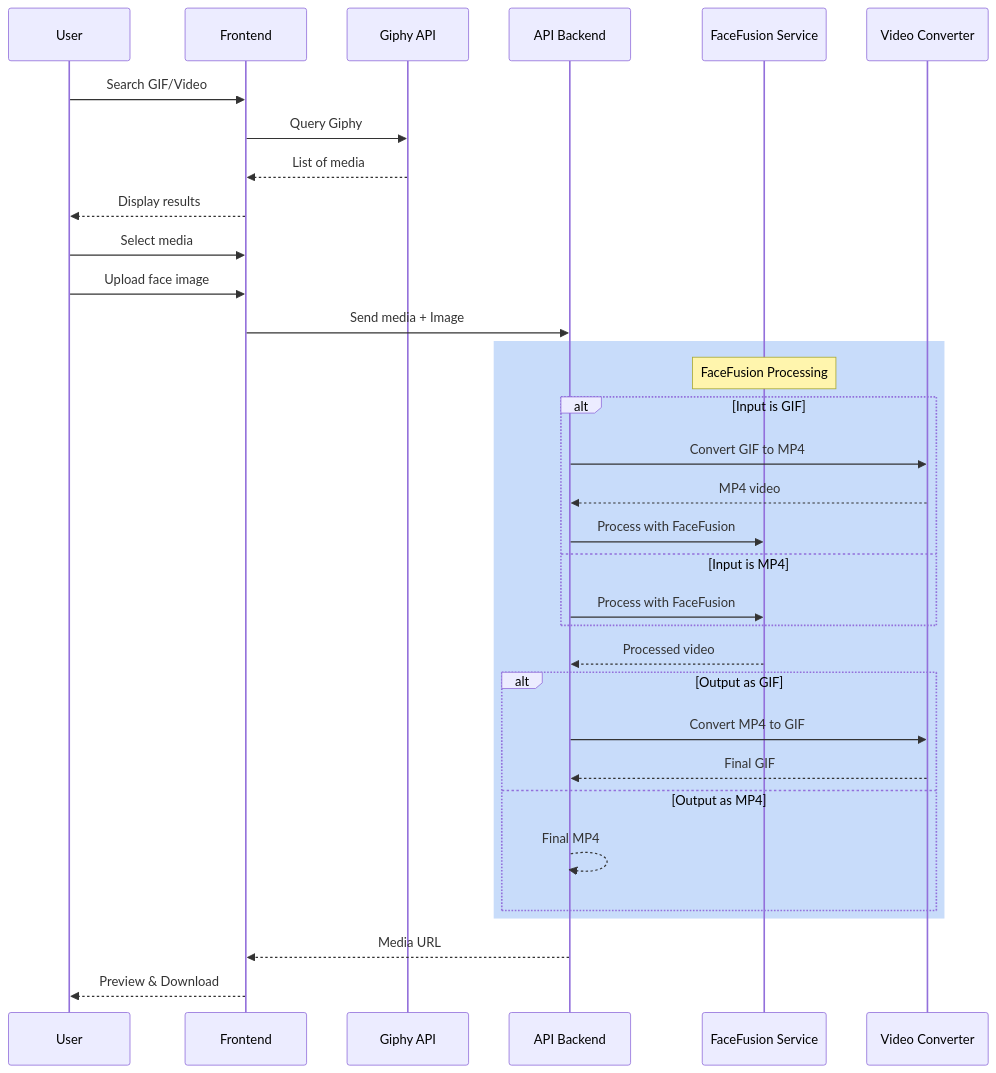
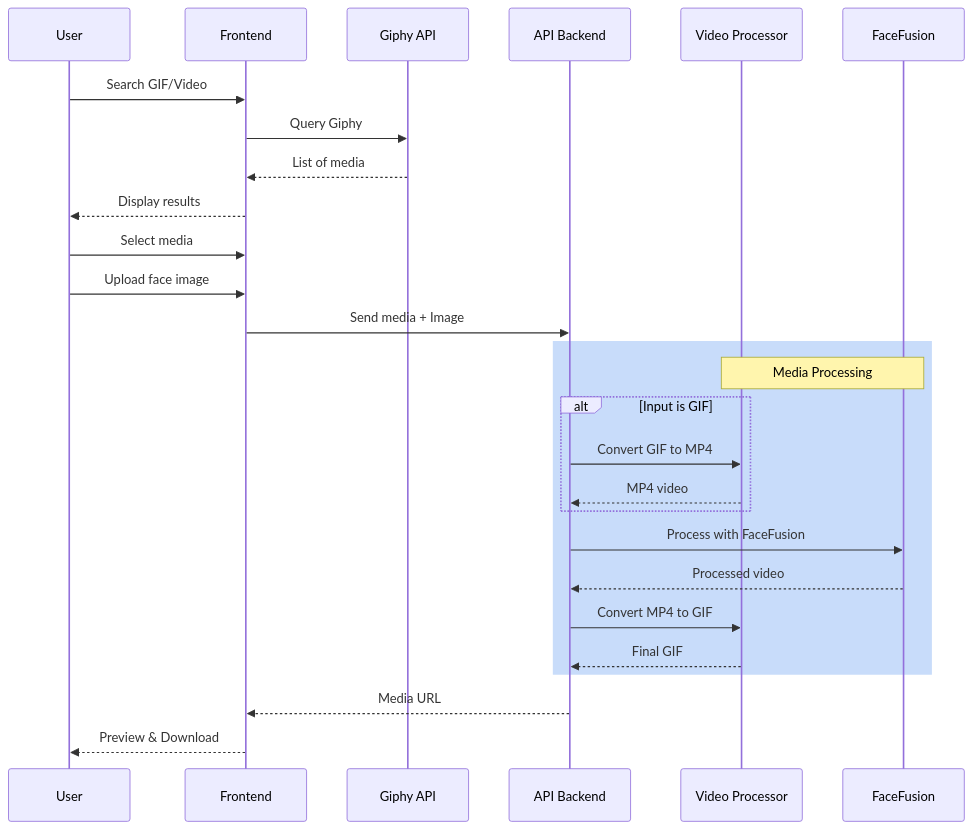
One commit to Tlahey/meme-swap changed the second of 2 diagrams in README.md. Above: the diagram before and after it, drawn with Mermaid. The commit also changed other lines of this file and 7 other files, not shown here.

Commit message:
docs: update documentation, roadmap details, and agent development guidelines

````diff
--- a/README.md
+++ b/README.md
@@ -85,41 +85,35 @@
 ```mermaid
 sequenceDiagram
     participant U as User
     participant F as Frontend
     participant G as Giphy API
     participant A as API Backend
-    participant FF as FaceFusion Service
-    participant VC as Video Converter
+    participant V as Video Processor
+    participant FF as FaceFusion
     
     U->>F: Search GIF/Video
     F->>G: Query Giphy
     G-->>F: List of media
     F-->>U: Display results
     
     U->>F: Select media
     U->>F: Upload face image
     F->>A: Send media + Image
     
     rect rgb(200, 220, 250)
-        Note over FF: FaceFusion Processing
+        Note over V,FF: Media Processing
         alt Input is GIF
-            A->>VC: Convert GIF to MP4
-            VC-->>A: MP4 video
-            A->>FF: Process with FaceFusion
-        else Input is MP4
-            A->>FF: Process with FaceFusion
+            A->>V: Convert GIF to MP4
+            V-->>A: MP4 video
         end
         
+        A->>FF: Process with FaceFusion
         FF-->>A: Processed video
         
-        alt Output as GIF
-            A->>VC: Convert MP4 to GIF
-            VC-->>A: Final GIF
-        else Output as MP4
-            A-->>A: Final MP4
-        end
+        A->>V: Convert MP4 to GIF
+        V-->>A: Final GIF
     end
     
     A-->>F: Media URL
     F-->>U: Preview & Download
 ```
````
